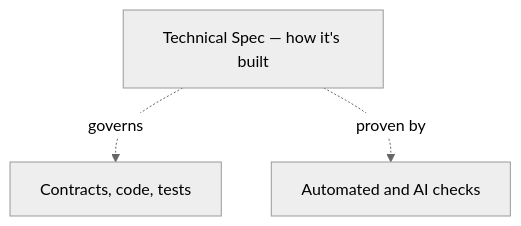
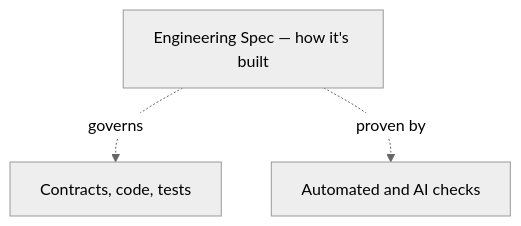
One commit to foreachpartners/main-spex changed the second of 2 diagrams in README.md. Above: the diagram before and after it, drawn with Mermaid (neutral theme). The commit also changed other lines of this file and 147 other files, not shown here.

````diff
--- a/README.md
+++ b/README.md
@@ -108,5 +108,5 @@
 ```mermaid
 flowchart TD
-    Tech["Technical Spec — how it's built"] -.governs.-> Flow["Contracts, code, tests"]
-    Tech -.proven by.-> Checks["Automated and AI checks"]
+    Eng["Engineering Spec — how it's built"] -.governs.-> Flow["Contracts, code, tests"]
+    Eng -.proven by.-> Checks["Automated and AI checks"]
 ```
````
